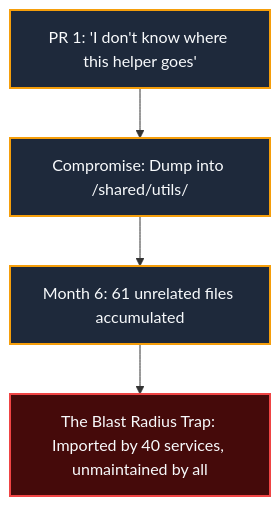
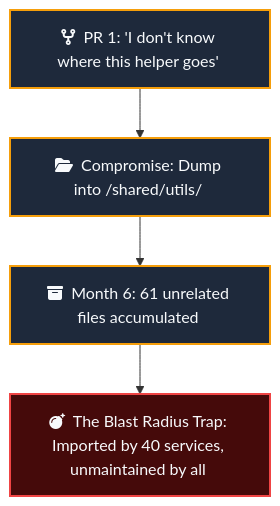
One commit to Dustu103/system-design changed the second of 9 diagrams in 01-filestructure/articles/01-your-folder-structure-is-a-message.md. Above: the diagram before and after it, drawn with Mermaid. The commit also changed other lines of this file and 1 other file, not shown here.

````diff
--- a/01-filestructure/articles/01-your-folder-structure-is-a-message.md
+++ b/01-filestructure/articles/01-your-folder-structure-is-a-message.md
@@ -65,11 +65,11 @@
 ```mermaid
 flowchart TD
-    A["PR 1: 'I don't know where this helper goes'"] --> B["Compromise: Dump into /shared/utils/"]
-    B --> C["Month 6: 61 unrelated files accumulated"]
-    C --> D["The Blast Radius Trap: Imported by 40 services, unmaintained by all"]
+    A["fa:fa-code-fork &nbsp;PR 1: 'I don't know where this helper goes'&nbsp;"] --> B["fa:fa-folder-open &nbsp;Compromise: Dump into /shared/utils/&nbsp;"]
+    B --> C["fa:fa-archive &nbsp;Month 6: 61 unrelated files accumulated&nbsp;"]
+    C --> D["fa:fa-bomb &nbsp;The Blast Radius Trap: Imported by 40 services, unmaintained by all&nbsp;"]
 
     classDef step fill:#1e293b,stroke:#f59e0b,stroke-width:2px,color:#f8fafc;
     classDef alert fill:#450a0a,stroke:#ef4444,stroke-width:2px,color:#f8fafc;
     class A,B,C step;
     class D alert;
 ```
````
